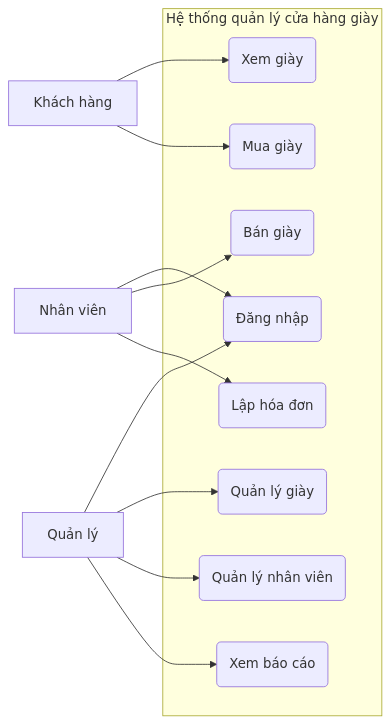
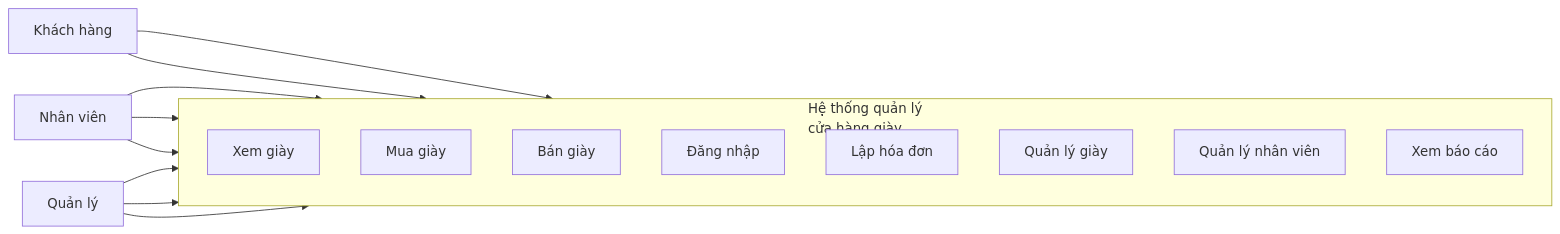
Before and after one commit to 0023413684-crypto/quan-ly-cua-hang-giay: the diagram in README.md, drawn with Mermaid.

````diff
--- a/README.md
+++ b/README.md
@@ -1,30 +1,37 @@
 ```mermaid
 flowchart LR
+    %% Actor
     KH[Khách hàng]
     NV[Nhân viên]
     QL[Quản lý]
 
-    subgraph HT[Hệ thống quản lý cửa hàng giày]
+    %% System
+    subgraph HT["Hệ thống quản lý<br/>cửa hàng giày"]
+        direction TB
 
-        UC1(Đăng nhập)
-        UC2(Xem giày)
-        UC3(Mua giày)
-        UC4(Bán giày)
-        UC5(Lập hóa đơn)
-        UC6(Quản lý giày)
-        UC7(Quản lý nhân viên)
-        UC8(Xem báo cáo)
+        XemGiay[Xem giày]
+        MuaGiay[Mua giày]
+
+        BanGiay[Bán giày]
+        DangNhap[Đăng nhập]
+        LapHoaDon[Lập hóa đơn]
+
+        QuanLyGiay[Quản lý giày]
+        QuanLyNV[Quản lý nhân viên]
+        XemBaoCao[Xem báo cáo]
     end
 
-    KH --> UC2
-    KH --> UC3
+    %% Khách hàng
+    KH --> XemGiay
+    KH --> MuaGiay
 
-    NV --> UC1
-    NV --> UC4
-    NV --> UC5
+    %% Nhân viên
+    NV --> BanGiay
+    NV --> DangNhap
+    NV --> LapHoaDon
 
-    QL --> UC1
-    QL --> UC6
-    QL --> UC7
-    QL --> UC8
+    %% Quản lý
+    QL --> QuanLyGiay
+    QL --> QuanLyNV
+    QL --> XemBaoCao
 ```
````
